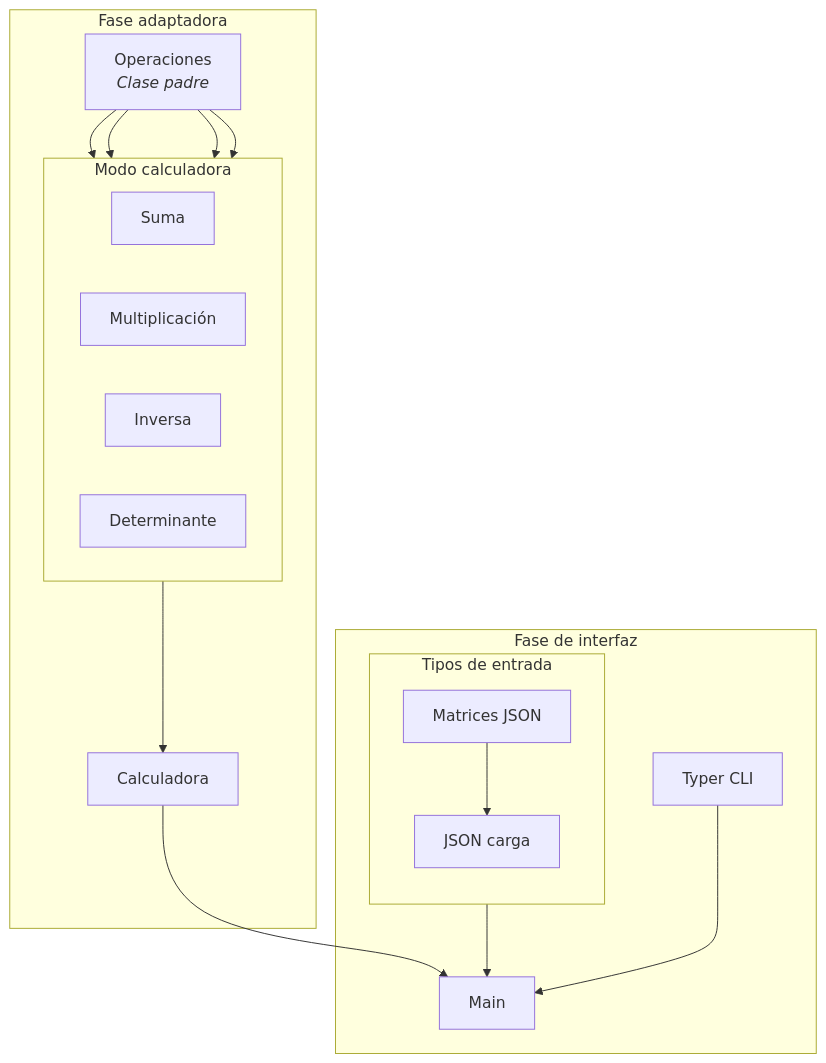
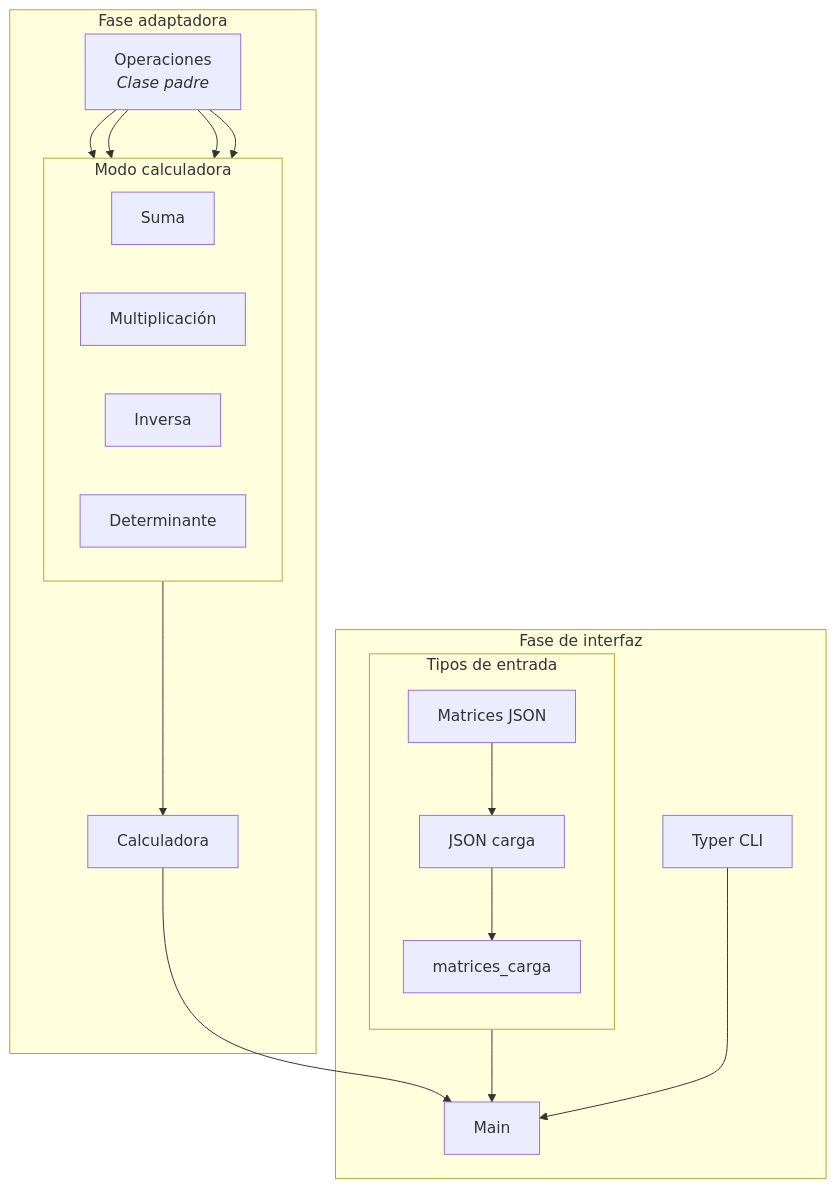
Before and after one commit to Ronald-exe/Computacion_Heterogenea_2026_Grupo_XX: the diagram in Laboratorios/lab1_cal_matriz/arquitectura_organizacion.md, drawn with Mermaid. The commit also changed other lines of this file, not shown here.

````diff
--- a/Laboratorios/lab1_cal_matriz/arquitectura_organizacion.md
+++ b/Laboratorios/lab1_cal_matriz/arquitectura_organizacion.md
@@ -99,34 +100,34 @@
 ```mermaid
 flowchart TD
     subgraph Fase_interfaz["Fase de interfaz"]
         subgraph Tipos_de_entrada["Tipos de entrada"]
             direction TD
-            A[Matrices JSON] --> B[JSON carga]
+            A[Matrices JSON] --> B[JSON carga] --> K[matrices_carga]
         end
 
         C[Typer CLI] --> D[Main]
         Tipos_de_entrada --> D
     end
 
     subgraph Fase_adaptadora["Fase adaptadora"]
         E[Calculadora]
 
         subgraph Modo_calculadora["Modo calculadora"]
             direction LR
             F[Suma]
             G[Multiplicación]
             H[Inversa]
             I[Determinante]
         end
 
         J["Operaciones<br/><i>Clase padre</i>"]
     end
 
     %% Conexiones entre la fase adaptadora y la interfaz
     Modo_calculadora --> E
     E --> D
     J --> F
     J --> G
     J --> H
     J --> I
 ```
````
